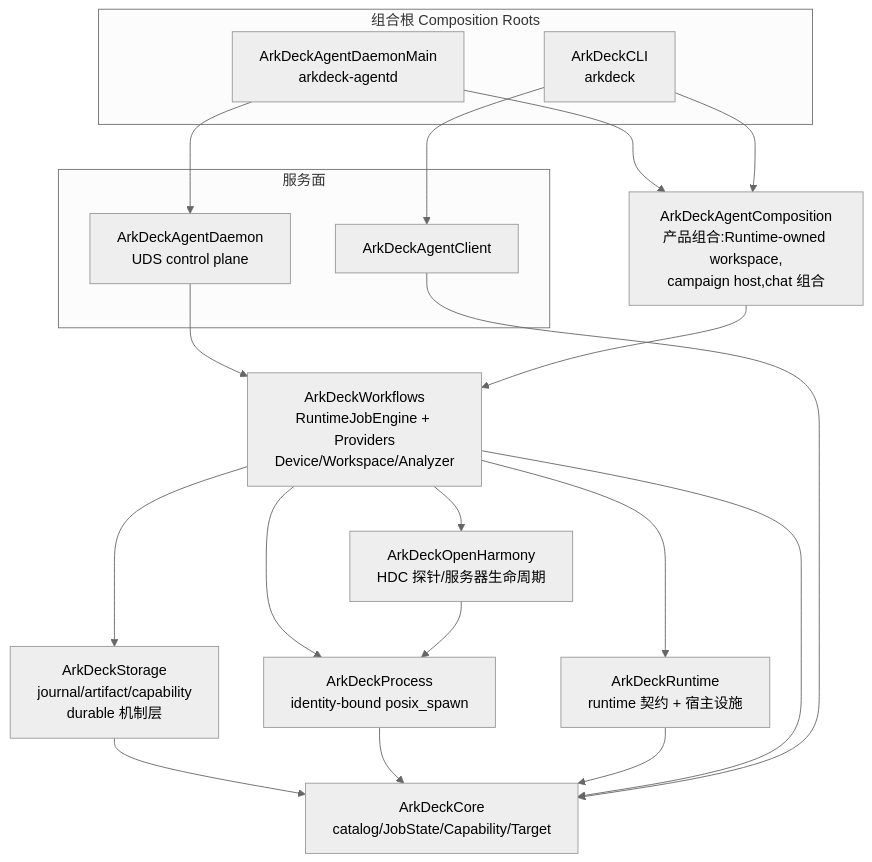
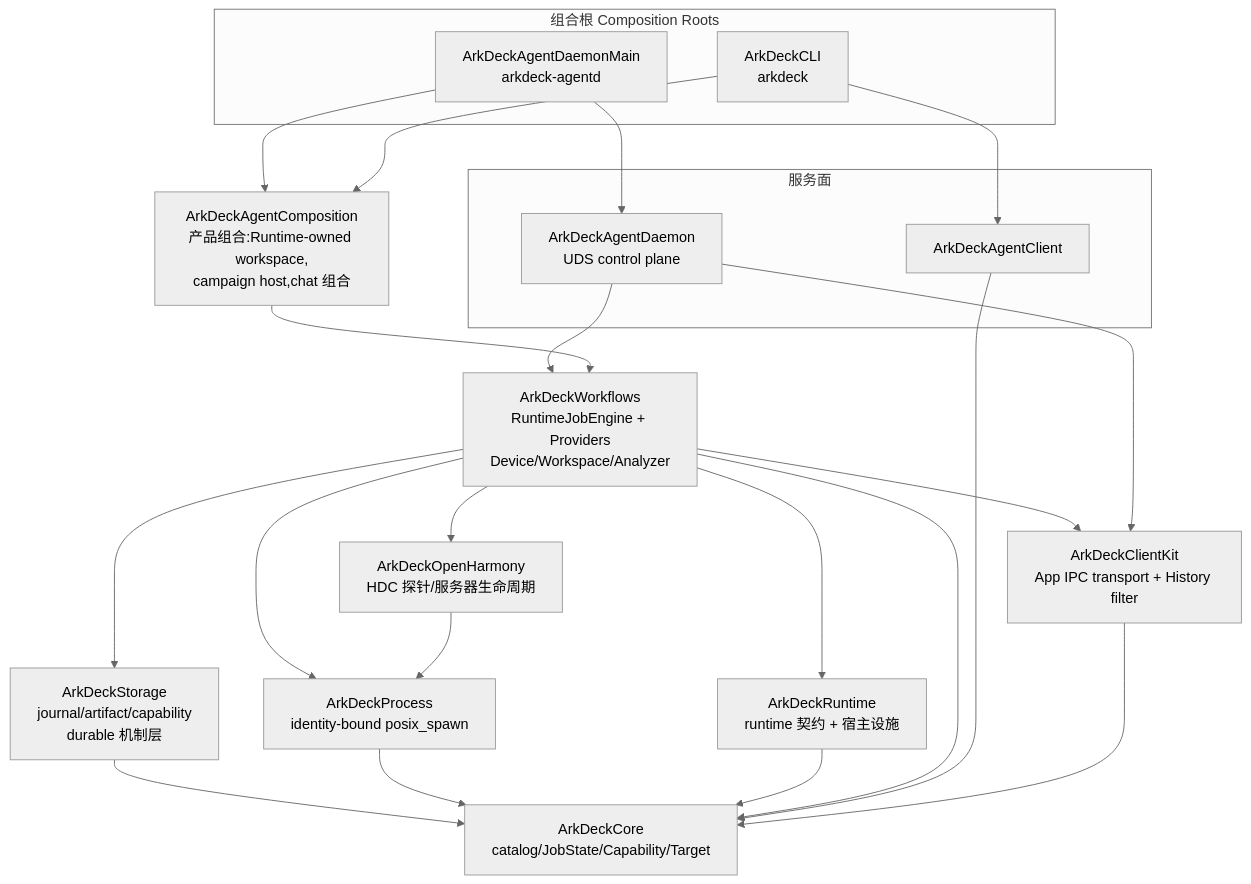
The diagram in docs/ArchitectureRules.md (ArkDeck/ArkDeck), drawn with Mermaid (neutral theme) before and after one commit. The commit also changed other lines of this file and 42 other files, not shown here.

Commit message:
refactor(TASK-XPA-019): extract App transport and History filter into ClientKit (#1976)

````diff
--- a/docs/ArchitectureRules.md
+++ b/docs/ArchitectureRules.md
@@ -24,35 +24,38 @@
 ```mermaid
 graph TD
     subgraph 组合根 Composition Roots
         DMAIN[ArkDeckAgentDaemonMain<br/>arkdeck-agentd]
         CLI[ArkDeckCLI<br/>arkdeck]
     end
     subgraph 服务面
         DAEMON[ArkDeckAgentDaemon<br/>UDS control plane]
         CLIENT[ArkDeckAgentClient]
     end
     COMP[ArkDeckAgentComposition<br/>产品组合:Runtime-owned workspace,<br/>campaign host,chat 组合]
     WORKFLOWS[ArkDeckWorkflows<br/>RuntimeJobEngine + Providers<br/>Device/Workspace/Analyzer]
     STORAGE[ArkDeckStorage<br/>journal/artifact/capability<br/>durable 机制层]
     OH[ArkDeckOpenHarmony<br/>HDC 探针/服务器生命周期]
     PROC[ArkDeckProcess<br/>identity-bound posix_spawn]
     RT[ArkDeckRuntime<br/>runtime 契约 + 宿主设施]
     CORE[ArkDeckCore<br/>catalog/JobState/Capability/Target]
 
     DMAIN --> DAEMON
     DMAIN --> COMP
     CLI --> COMP
     CLI --> CLIENT
     DAEMON --> WORKFLOWS
     COMP --> WORKFLOWS
     WORKFLOWS --> OH
     WORKFLOWS --> STORAGE
     WORKFLOWS --> PROC
     WORKFLOWS --> RT
     OH --> PROC
     STORAGE --> CORE
     PROC --> CORE
     RT --> CORE
     WORKFLOWS --> CORE
     CLIENT --> CORE
+    CLIENTKIT[ArkDeckClientKit<br/>App IPC transport + History filter] --> CORE
+    WORKFLOWS --> CLIENTKIT
+    DAEMON --> CLIENTKIT
 ```
````
